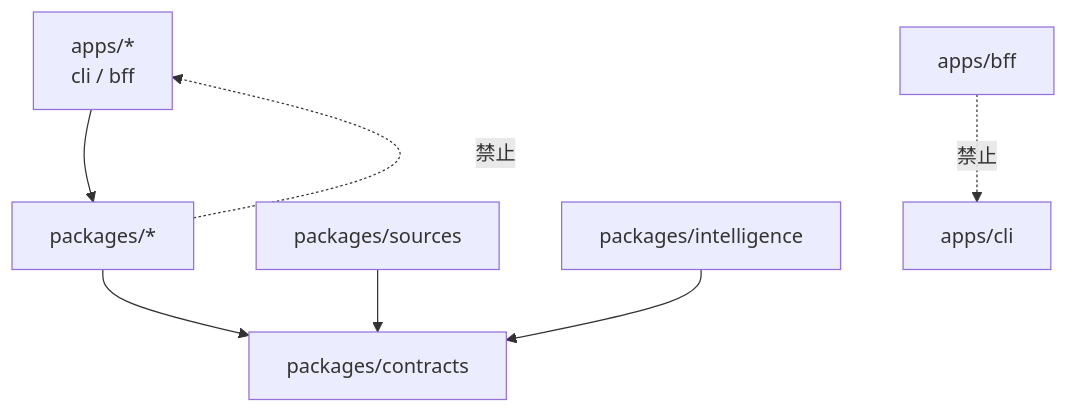
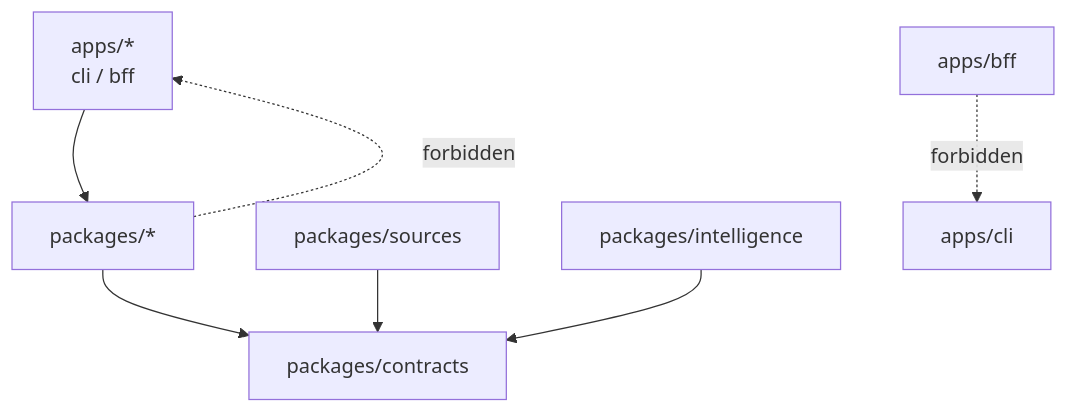
One commit to flovia/poc changed the second of 3 diagrams in apps/cli/scripts/README.md. Above: the diagram before and after it, drawn with Mermaid. The commit also changed other lines of this file and 54 other files, not shown here.

````diff
--- a/apps/cli/scripts/README.md
+++ b/apps/cli/scripts/README.md
@@ -128,10 +127,10 @@
 ```mermaid
 flowchart TD
     Apps[apps/*<br/>cli / bff] --> Packages[packages/*]
     Packages --> Contracts[packages/contracts]
     Sources[packages/sources] --> Contracts
     Intelligence[packages/intelligence] --> Contracts
 
-    Packages -. 禁止 .-> Apps
-    BFF[apps/bff] -. 禁止 .-> CLI[apps/cli]
+    Packages -. forbidden .-> Apps
+    BFF[apps/bff] -. forbidden .-> CLI[apps/cli]
 ```
````
